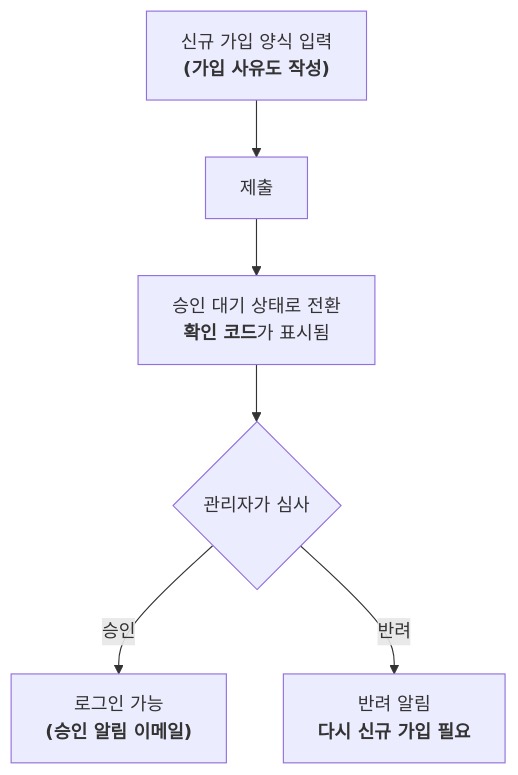
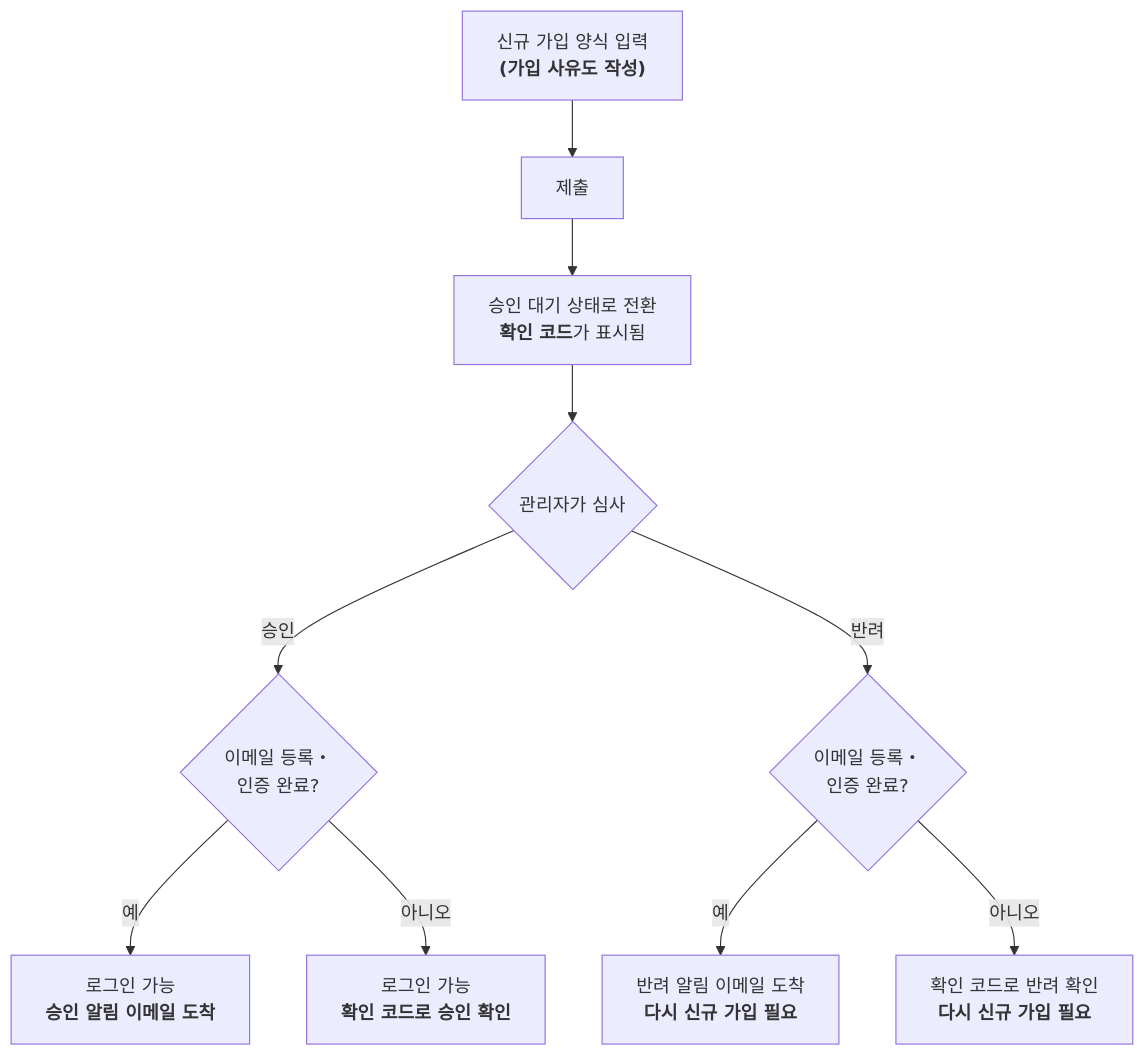
The diagram in docs/ko/juice/approval-signup.md (Zel9278/docs.mk-juice.dev), drawn with Mermaid before and after one commit. The commit also changed other lines of this file and 4 other files, not shown here.

````diff
--- a/docs/ko/juice/approval-signup.md
+++ b/docs/ko/juice/approval-signup.md
@@ -7,8 +7,12 @@
 ```mermaid
 flowchart TD
     A["`신규 가입 양식 입력<br/>**(가입 사유도 작성)**`"] --> B[제출]
     B --> C["`승인 대기 상태로 전환<br/>**확인 코드**가 표시됨`"]
     C --> D{관리자가 심사}
-    D -->|승인| E["`로그인 가능<br/>**(승인 알림 이메일)**`"]
-    D -->|반려| F["`반려 알림<br/>**다시 신규 가입 필요**`"]
+    D -->|승인| E{이메일 등록・<br/>인증 완료?}
+    E -->|예| E1["`로그인 가능<br/>**승인 알림 이메일 도착**`"]
+    E -->|아니오| E2["`로그인 가능<br/>**확인 코드로 승인 확인**`"]
+    D -->|반려| F{이메일 등록・<br/>인증 완료?}
+    F -->|예| F1["`반려 알림 이메일 도착<br/>**다시 신규 가입 필요**`"]
+    F -->|아니오| F2["`확인 코드로 반려 확인<br/>**다시 신규 가입 필요**`"]
 ```
````
